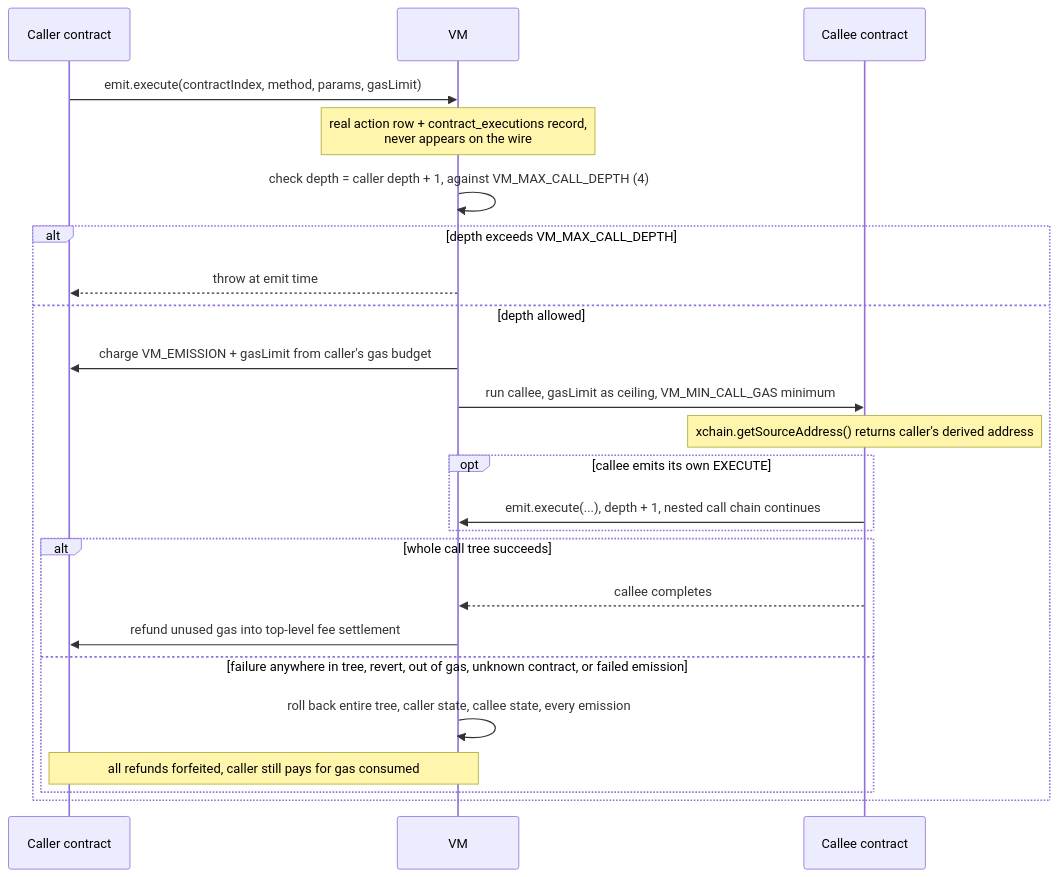
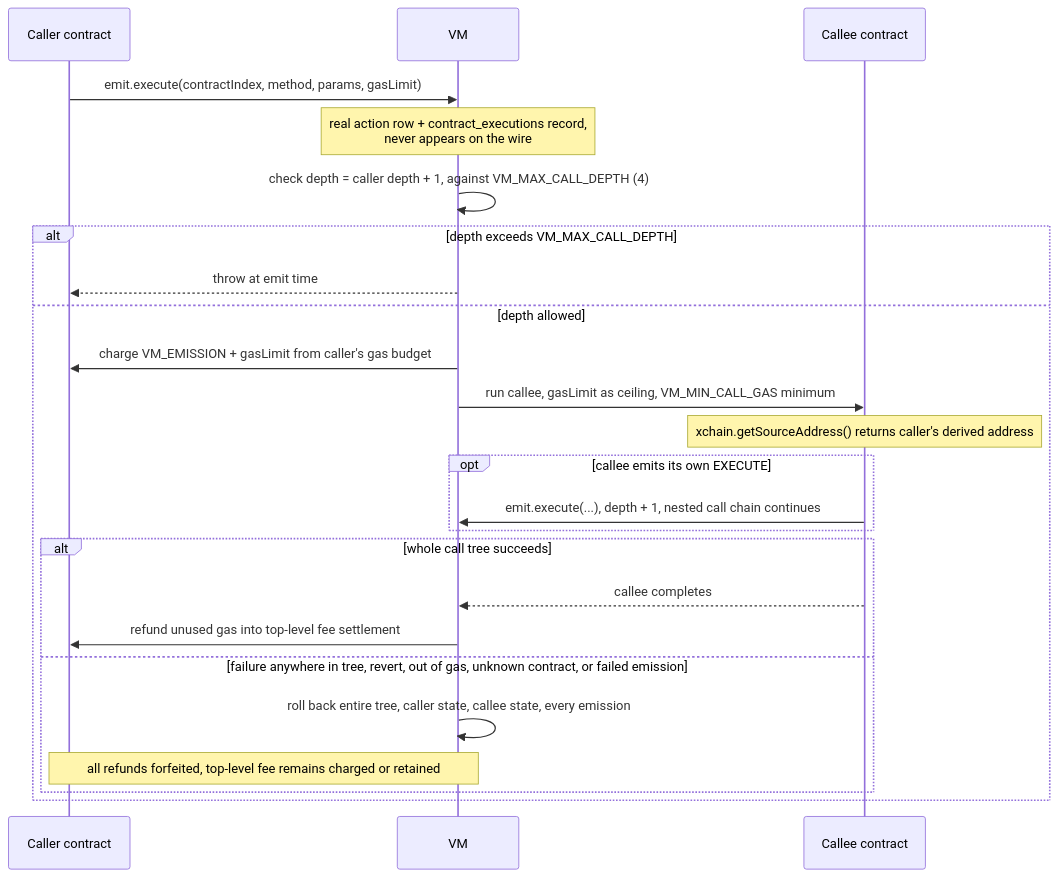
One commit to XChain-Platform/xchain-documentation changed the diagram in protocol/actions/execute.md. Above: the diagram before and after it, drawn with Mermaid. The commit also changed other lines of this file and 16 other files, not shown here.

````diff
--- a/protocol/actions/execute.md
+++ b/protocol/actions/execute.md
@@ -84,27 +112,27 @@
 ```mermaid
 sequenceDiagram
     participant Caller as Caller contract
     participant VM
     participant Callee as Callee contract
 
     Caller->>VM: emit.execute(contractIndex, method, params, gasLimit)
     Note over VM: real action row + contract_executions record,<br>never appears on the wire
     VM->>VM: check depth = caller depth + 1, against VM_MAX_CALL_DEPTH (4)
     alt depth exceeds VM_MAX_CALL_DEPTH
         VM-->>Caller: throw at emit time
     else depth allowed
         VM->>Caller: charge VM_EMISSION + gasLimit from caller's gas budget
         VM->>Callee: run callee, gasLimit as ceiling, VM_MIN_CALL_GAS minimum
         Note over Callee: xchain.getSourceAddress() returns caller's derived address
         opt callee emits its own EXECUTE
             Callee->>VM: emit.execute(...), depth + 1, nested call chain continues
         end
         alt whole call tree succeeds
             Callee-->>VM: callee completes
             VM->>Caller: refund unused gas into top-level fee settlement
         else failure anywhere in tree, revert, out of gas, unknown contract, or failed emission
             VM->>VM: roll back entire tree, caller state, callee state, every emission
-            Note over VM,Caller: all refunds forfeited, caller still pays for gas consumed
+            Note over VM,Caller: all refunds forfeited, top-level fee remains charged or retained
         end
     end
 ```
````
